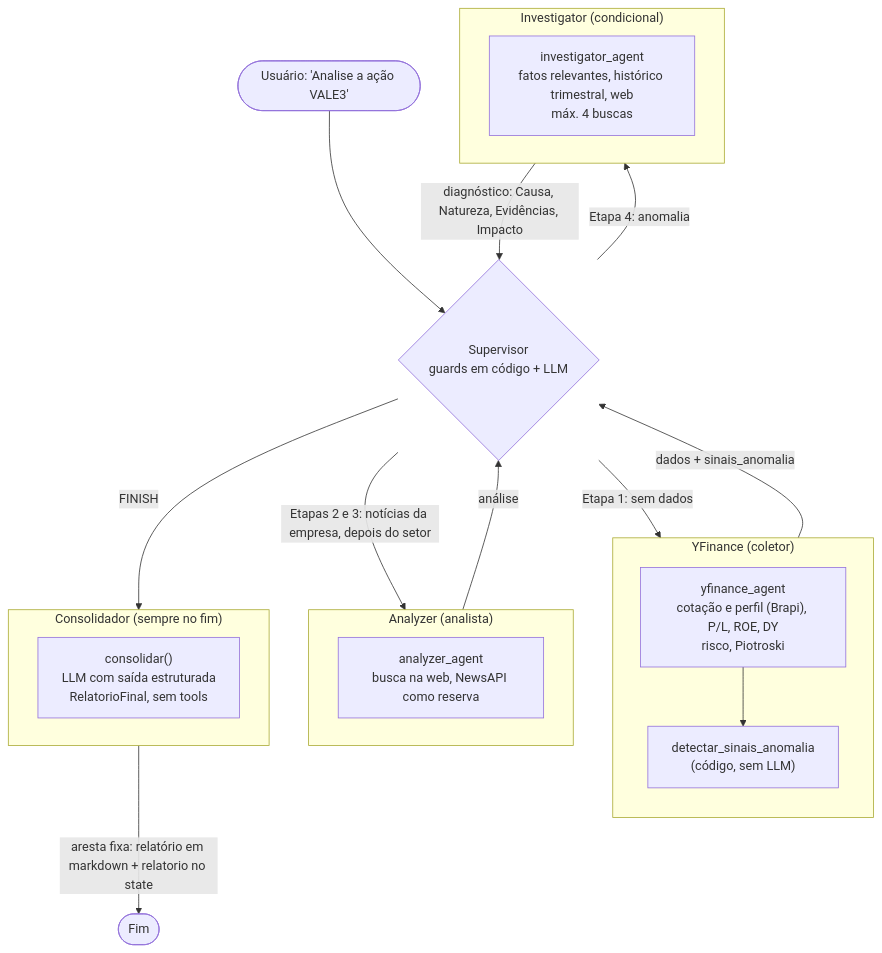
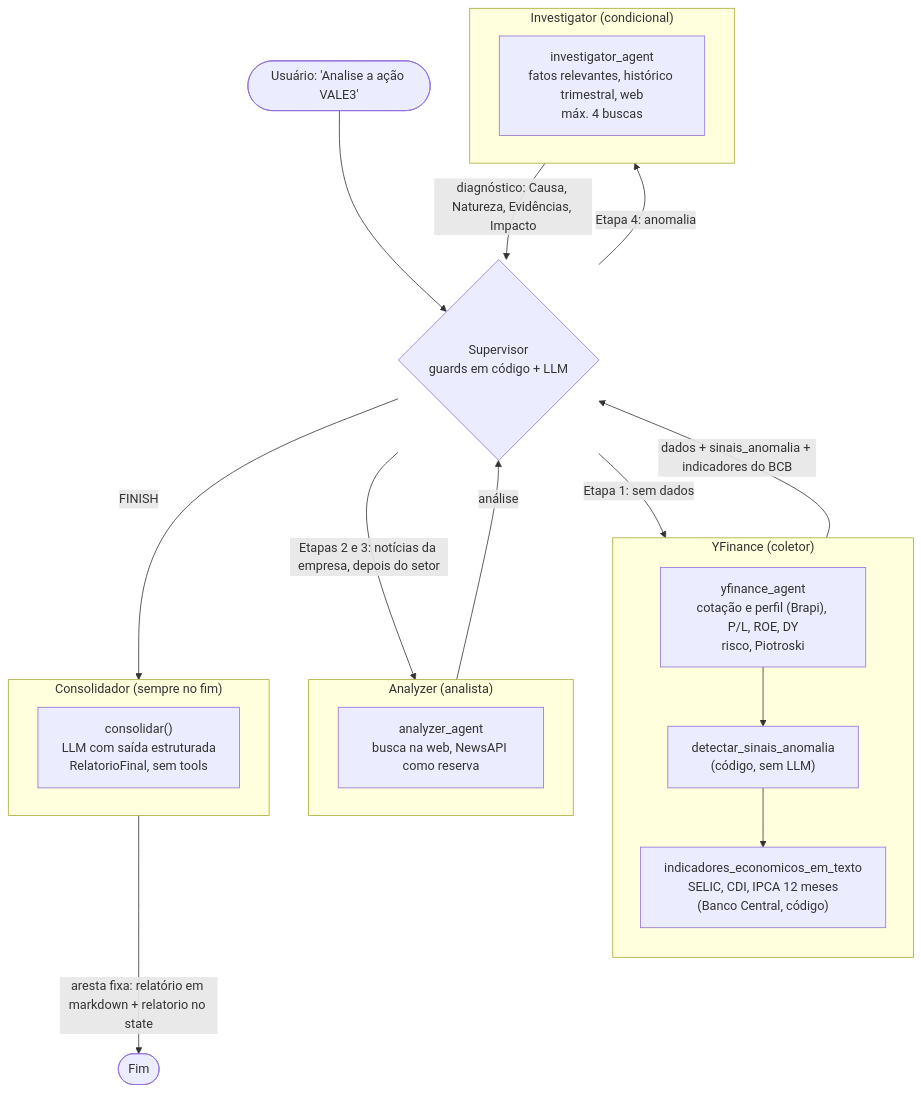
The first of 6 diagrams in docs/arquitetura.md (igorc22/pipeline-inteligencia-financeira-b3), drawn with Mermaid before and after one commit. The commit also changed other lines of this file and 2 other files, not shown here.

Commit message:
docs: banco central e ajustes dos evals no diário, na arquitetura e no readme

````diff
--- a/docs/arquitetura.md
+++ b/docs/arquitetura.md
@@ -13,36 +13,37 @@
 ```mermaid
 flowchart TD
     U(["Usuário: 'Analise a ação VALE3'"]) --> S
 
     S{"Supervisor<br/>guards em código + LLM"}
 
     S -->|"Etapa 1: sem dados"| Y
     S -->|"Etapas 2 e 3: notícias da empresa, depois do setor"| A
     S -->|"Etapa 4: anomalia"| I
     S -->|"FINISH"| C
 
     subgraph Y["YFinance (coletor)"]
         direction TB
         Y1["yfinance_agent<br/>cotação e perfil (Brapi), P/L, ROE, DY<br/>risco, Piotroski"]
         Y2["detectar_sinais_anomalia<br/>(código, sem LLM)"]
-        Y1 --> Y2
+        Y3["indicadores_economicos_em_texto<br/>SELIC, CDI, IPCA 12 meses<br/>(Banco Central, código)"]
+        Y1 --> Y2 --> Y3
     end
 
     subgraph A["Analyzer (analista)"]
         A1["analyzer_agent<br/>busca na web, NewsAPI como reserva"]
     end
 
     subgraph I["Investigator (condicional)"]
         I1["investigator_agent<br/>fatos relevantes, histórico trimestral, web<br/>máx. 4 buscas"]
     end
 
     subgraph C["Consolidador (sempre no fim)"]
         C1["consolidar()<br/>LLM com saída estruturada<br/>RelatorioFinal, sem tools"]
     end
 
     C -->|"aresta fixa: relatório em markdown + relatorio no state"| F(["Fim"])
 
-    Y -->|"dados + sinais_anomalia"| S
+    Y -->|"dados + sinais_anomalia + indicadores do BCB"| S
     A -->|"análise"| S
     I -->|"diagnóstico: Causa, Natureza, Evidências, Impacto"| S
 ```
````
